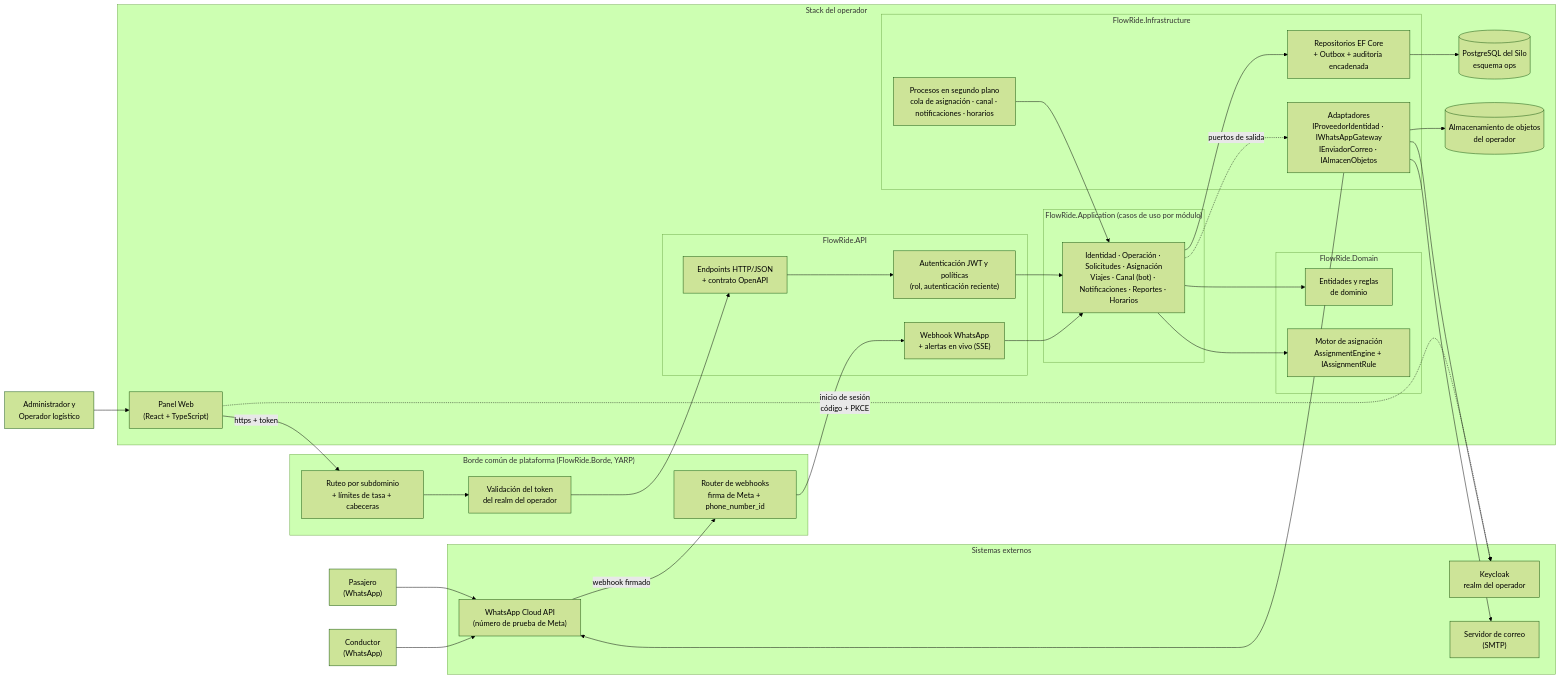
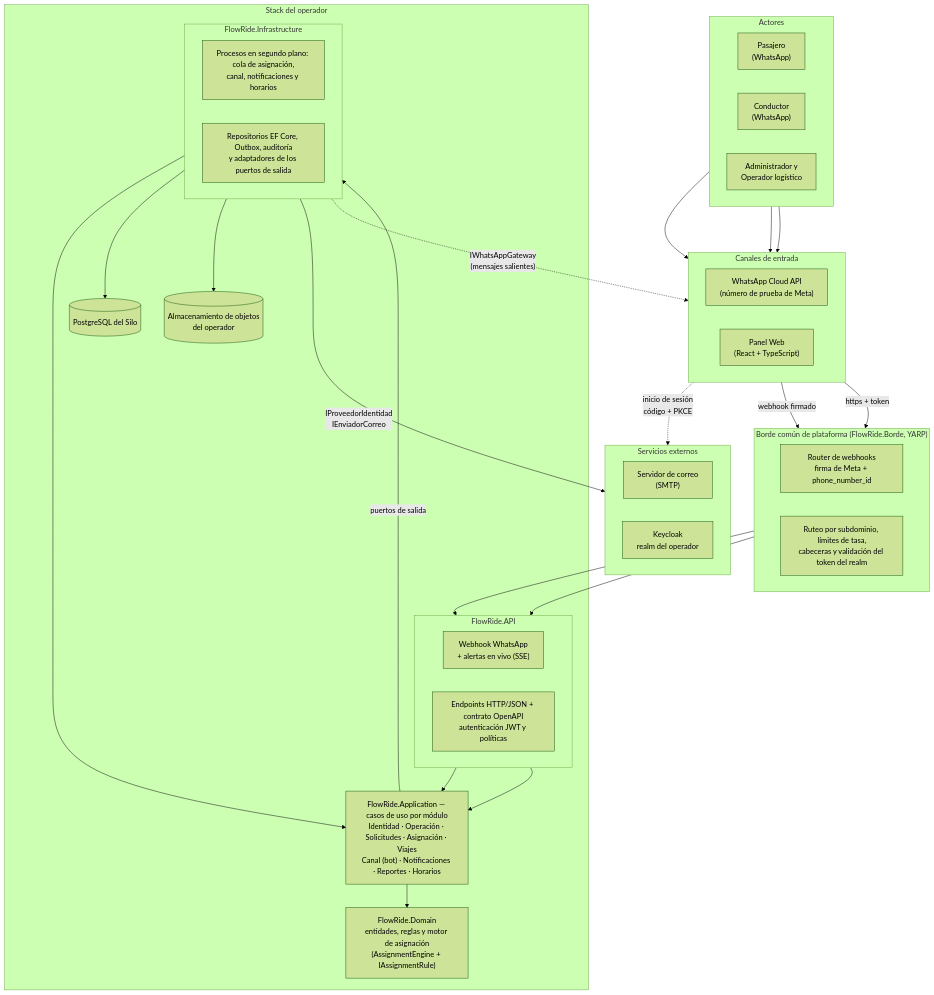
One commit to jhonnyebc/FlowRide changed the first of 8 diagrams in docs/DAS.md. Above: the diagram before and after it, drawn with Mermaid (forest theme). The commit also changed other lines of this file and 11 other files, not shown here.

First line of the commit message:
docs: modelo entidad-relación real y diagramas del DAS revisados

````diff
--- a/docs/DAS.md
+++ b/docs/DAS.md
@@ -1428,62 +1428,62 @@
 ```mermaid
-flowchart LR
-    pas["Pasajero<br/>(WhatsApp)"]
-    con["Conductor<br/>(WhatsApp)"]
-    adm["Administrador y<br/>Operador logístico"]
+flowchart TB
+    subgraph actores["Actores"]
+        direction LR
+        pas["Pasajero<br/>(WhatsApp)"]
+        con["Conductor<br/>(WhatsApp)"]
+        adm["Administrador y<br/>Operador logístico"]
+    end
 
-    subgraph ext["Sistemas externos"]
+    subgraph clientes["Canales de entrada"]
+        direction LR
         meta["WhatsApp Cloud API<br/>(número de prueba de Meta)"]
-        kc["Keycloak<br/>realm del operador"]
-        smtp["Servidor de correo<br/>(SMTP)"]
+        panel["Panel Web<br/>(React + TypeScript)"]
     end
 
     subgraph borde["Borde común de plataforma (FlowRide.Borde, YARP)"]
-        rut["Ruteo por subdominio<br/>+ límites de tasa + cabeceras"]
-        tok["Validación del token<br/>del realm del operador"]
+        direction LR
         wh["Router de webhooks<br/>firma de Meta + phone_number_id"]
+        rut["Ruteo por subdominio, límites de tasa,<br/>cabeceras y validación del token del realm"]
     end
 
     subgraph stack["Stack del operador"]
-        panel["Panel Web<br/>(React + TypeScript)"]
         subgraph api["FlowRide.API"]
-            ep["Endpoints HTTP/JSON<br/>+ contrato OpenAPI"]
-            auth["Autenticación JWT y políticas<br/>(rol, autenticación reciente)"]
+            direction LR
             hook["Webhook WhatsApp<br/>+ alertas en vivo (SSE)"]
+            ep["Endpoints HTTP/JSON + contrato OpenAPI<br/>autenticación JWT y políticas"]
         end
-        subgraph app["FlowRide.Application (casos de uso por módulo)"]
-            mod["Identidad · Operación · Solicitudes · Asignación<br/>Viajes · Canal (bot) · Notificaciones · Reportes · Horarios"]
+        app["FlowRide.Application — casos de uso por módulo<br/>Identidad · Operación · Solicitudes · Asignación · Viajes<br/>Canal (bot) · Notificaciones · Reportes · Horarios"]
+        subgraph nucleo["FlowRide.Infrastructure"]
+            direction LR
+            wk["Procesos en segundo plano: cola de asignación,<br/>canal, notificaciones y horarios"]
+            inf["Repositorios EF Core, Outbox, auditoría<br/>y adaptadores de los puertos de salida"]
         end
-        subgraph dom["FlowRide.Domain"]
-            ent["Entidades y reglas<br/>de dominio"]
-            motor["Motor de asignación<br/>AssignmentEngine + IAssignmentRule"]
-        end
-        subgraph inf["FlowRide.Infrastructure"]
-            ef["Repositorios EF Core<br/>+ Outbox + auditoría encadenada"]
-            wk["Procesos en segundo plano<br/>cola de asignación · canal · notificaciones · horarios"]
-            adp["Adaptadores<br/>IProveedorIdentidad · IWhatsAppGateway<br/>IEnviadorCorreo · IAlmacenObjetos"]
-        end
-        db[("PostgreSQL del Silo<br/>esquema ops")]
+        dom["FlowRide.Domain<br/>entidades, reglas y motor de asignación<br/>(AssignmentEngine + IAssignmentRule)"]
+        db[("PostgreSQL del Silo")]
         blob[("Almacenamiento de objetos<br/>del operador")]
     end
 
-    adm --> panel
-    panel -->|"https + token"| rut
+    subgraph ext["Servicios externos"]
+        direction LR
+        smtp["Servidor de correo<br/>(SMTP)"]
+        kc["Keycloak<br/>realm del operador"]
+    end
+
     pas --> meta
     con --> meta
+    adm --> panel
     meta -->|"webhook firmado"| wh
-    rut --> tok --> ep
+    panel -->|"https + token"| rut
+    panel -.->|"inicio de sesión<br/>código + PKCE"| kc
     wh --> hook
-    panel -.->|"inicio de sesión<br/>código + PKCE"| kc
-    ep --> auth --> mod
-    hook --> mod
-    mod --> ent
-    mod --> motor
-    mod --> ef
-    wk --> mod
-    ef --> db
-    adp --> kc
-    adp --> meta
-    adp --> smtp
-    adp --> blob
-    mod -.->|"puertos de salida"| adp
+    rut --> ep
+    hook --> app
+    ep --> app
+    wk --> app
+    app --> dom
+    app -->|"puertos de salida"| inf
+    inf --> db
+    inf --> blob
+    inf -->|"IProveedorIdentidad<br/>IEnviadorCorreo"| ext
+    inf -.->|"IWhatsAppGateway<br/>(mensajes salientes)"| meta
 ```
````
